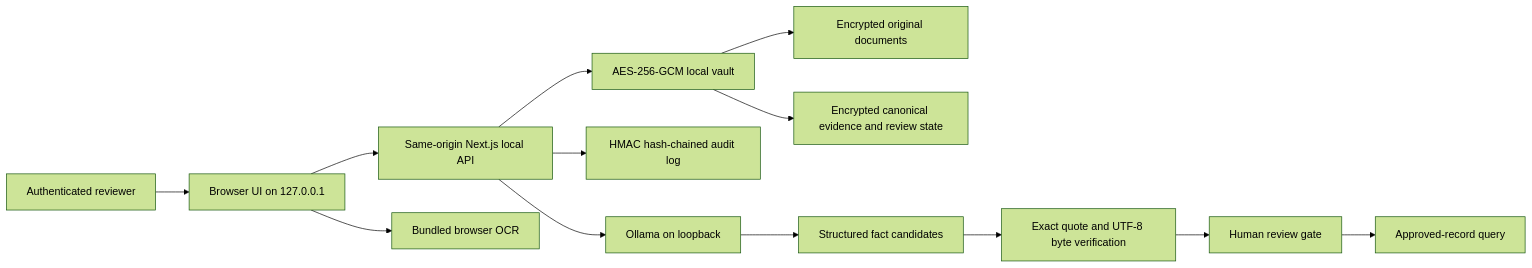
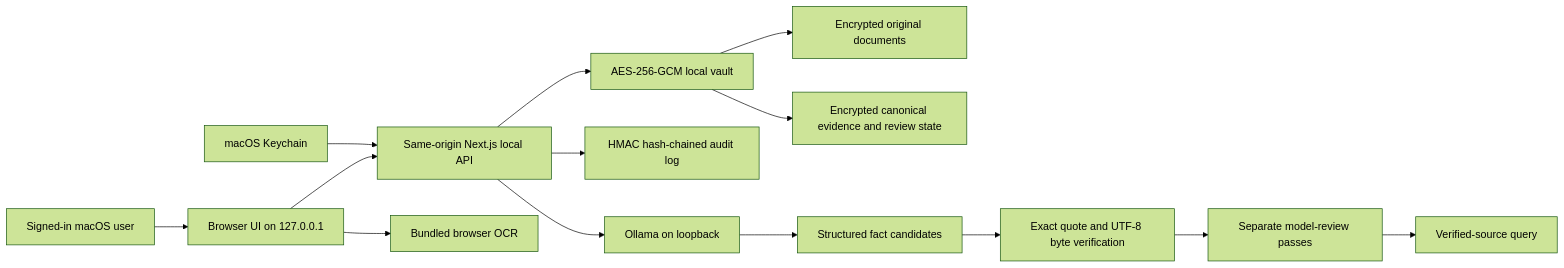
The diagram in docs/OFFLINE_ARCHITECTURE.md (WillBranam/Legal-Data-Extractor), drawn with Mermaid (forest theme) before and after one commit. The commit also changed other lines of this file and 35 other files, not shown here.

````diff
--- a/docs/OFFLINE_ARCHITECTURE.md
+++ b/docs/OFFLINE_ARCHITECTURE.md
@@ -15,17 +15,18 @@
 ```mermaid
 flowchart LR
-    User["Authenticated reviewer"] --> Browser["Browser UI on 127.0.0.1"]
+    User["Signed-in macOS user"] --> Browser["Browser UI on 127.0.0.1"]
+    Keychain["macOS Keychain"] --> LocalAPI
     Browser --> LocalAPI["Same-origin Next.js local API"]
     Browser --> OCR["Bundled browser OCR"]
 
     LocalAPI --> Vault["AES-256-GCM local vault"]
     Vault --> Originals["Encrypted original documents"]
     Vault --> Evidence["Encrypted canonical evidence and review state"]
     LocalAPI --> Audit["HMAC hash-chained audit log"]
     LocalAPI --> Ollama["Ollama on loopback"]
 
     Ollama --> Extract["Structured fact candidates"]
     Extract --> Verify["Exact quote and UTF-8 byte verification"]
-    Verify --> Review["Human review gate"]
-    Review --> Query["Approved-record query"]
+    Verify --> Consensus["Separate model-review passes"]
+    Consensus --> Query["Verified-source query"]
 ```
````
